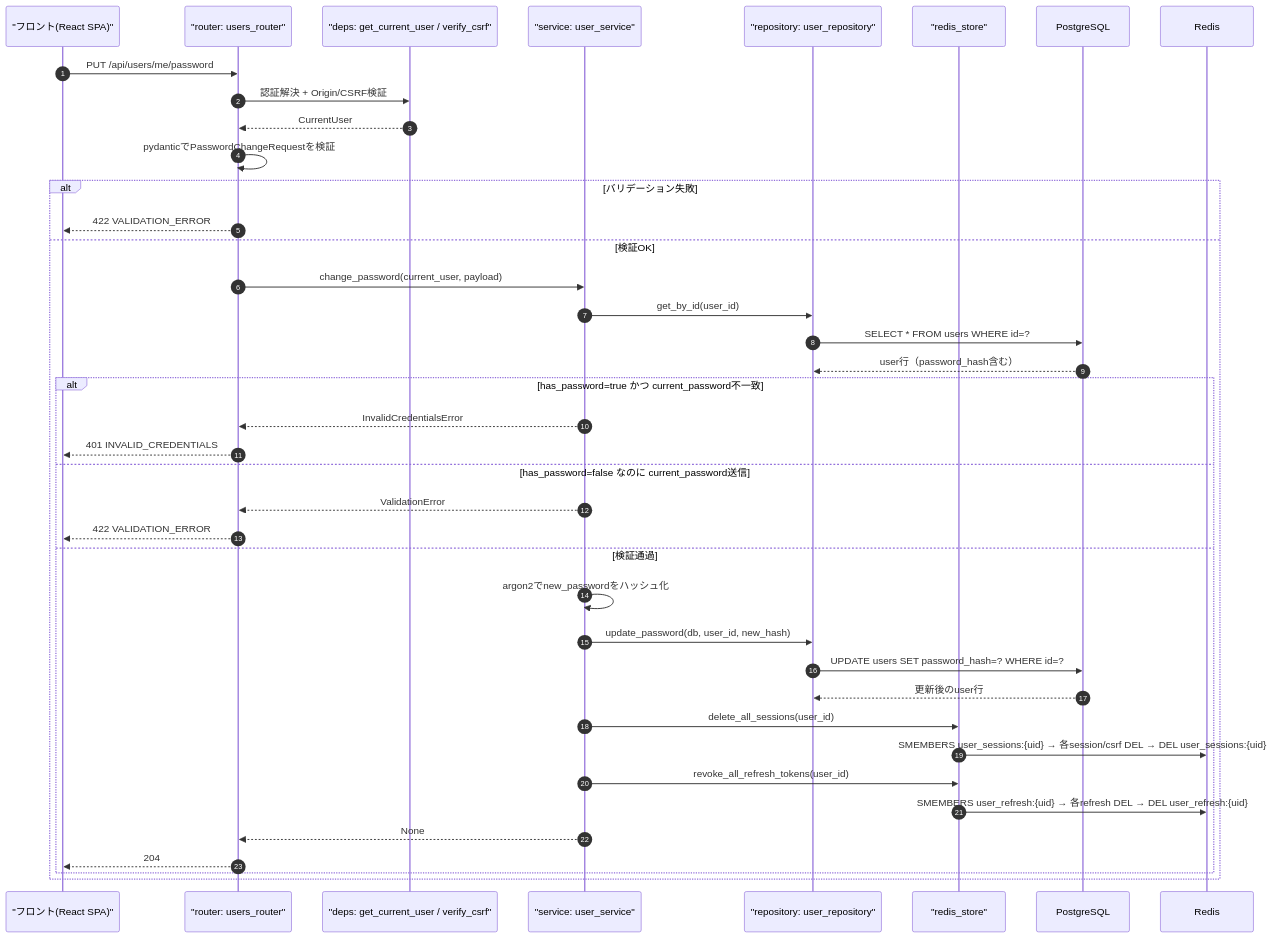
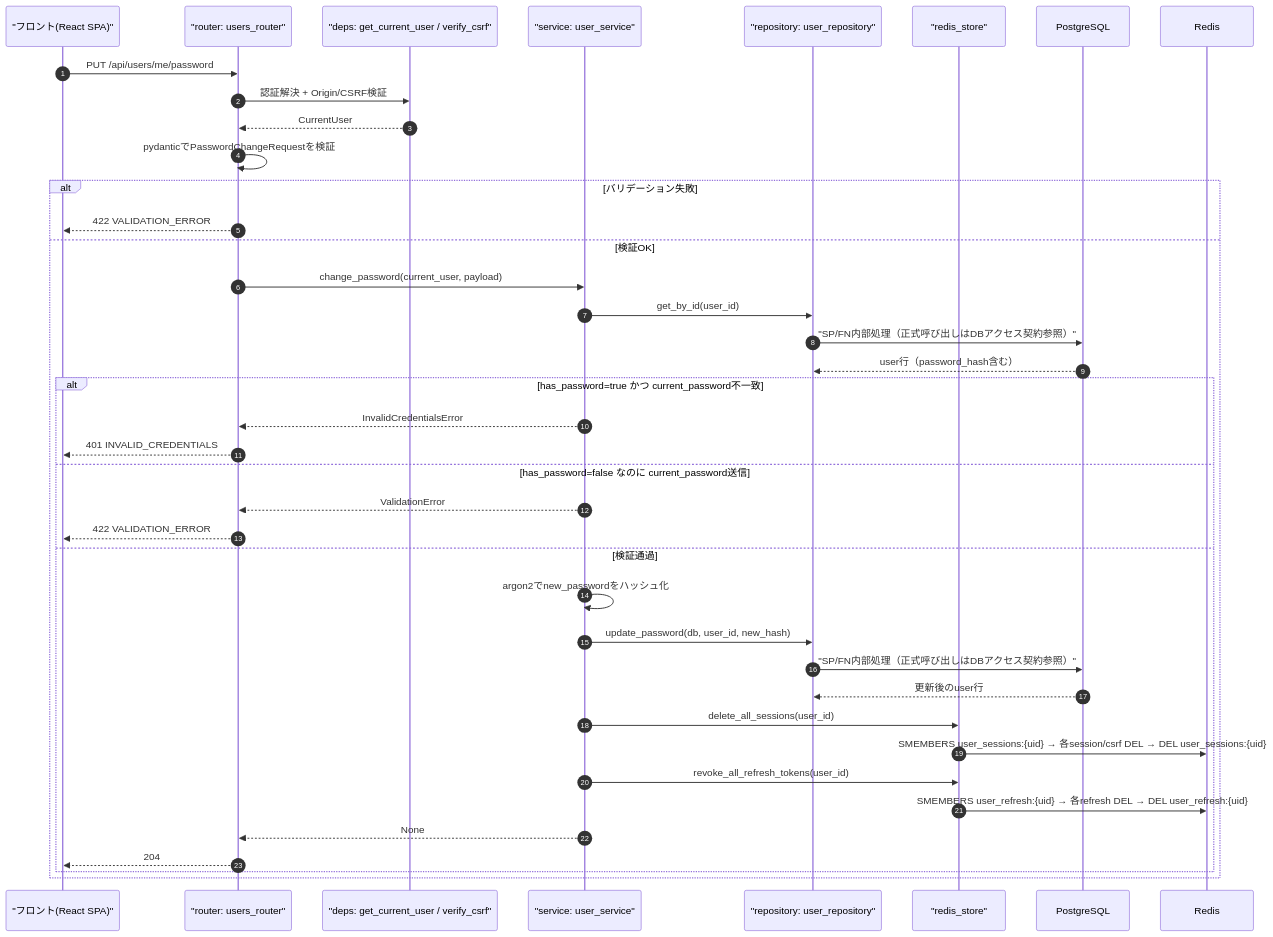
The first of 4 diagrams in detailed_design/api/users/03_put_users_me_password.md (oikawa-d/task_management), drawn with Mermaid before and after one commit. The commit also changed other lines of this file and 58 other files, not shown here.

````diff
--- a/detailed_design/api/users/03_put_users_me_password.md
+++ b/detailed_design/api/users/03_put_users_me_password.md
@@ -82,43 +82,43 @@
 ```mermaid
 sequenceDiagram
     autonumber
     participant FE as "フロント(React SPA)"
     participant R as "router: users_router"
     participant DEP as "deps: get_current_user / verify_csrf"
     participant S as "service: user_service"
     participant URP as "repository: user_repository"
     participant RS as "redis_store"
     participant PG as PostgreSQL
     participant RD as Redis
 
     FE->>R: PUT /api/users/me/password
     R->>DEP: 認証解決 + Origin/CSRF検証
     DEP-->>R: CurrentUser
     R->>R: pydanticでPasswordChangeRequestを検証
     alt バリデーション失敗
         R-->>FE: 422 VALIDATION_ERROR
     else 検証OK
         R->>S: change_password(current_user, payload)
         S->>URP: get_by_id(user_id)
-        URP->>PG: SELECT * FROM users WHERE id=?
+        URP->>PG: "SP/FN内部処理（正式呼び出しはDBアクセス契約参照）"
         PG-->>URP: user行（password_hash含む）
         alt has_password=true かつ current_password不一致
             S-->>R: InvalidCredentialsError
             R-->>FE: 401 INVALID_CREDENTIALS
         else has_password=false なのに current_password送信
             S-->>R: ValidationError
             R-->>FE: 422 VALIDATION_ERROR
         else 検証通過
             S->>S: argon2でnew_passwordをハッシュ化
             S->>URP: update_password(db, user_id, new_hash)
-            URP->>PG: UPDATE users SET password_hash=? WHERE id=?
+            URP->>PG: "SP/FN内部処理（正式呼び出しはDBアクセス契約参照）"
             PG-->>URP: 更新後のuser行
             S->>RS: delete_all_sessions(user_id)
             RS->>RD: SMEMBERS user_sessions:{uid} → 各session/csrf DEL → DEL user_sessions:{uid}
             S->>RS: revoke_all_refresh_tokens(user_id)
             RS->>RD: SMEMBERS user_refresh:{uid} → 各refresh DEL → DEL user_refresh:{uid}
             S-->>R: None
             R-->>FE: 204
         end
     end
 ```
````
